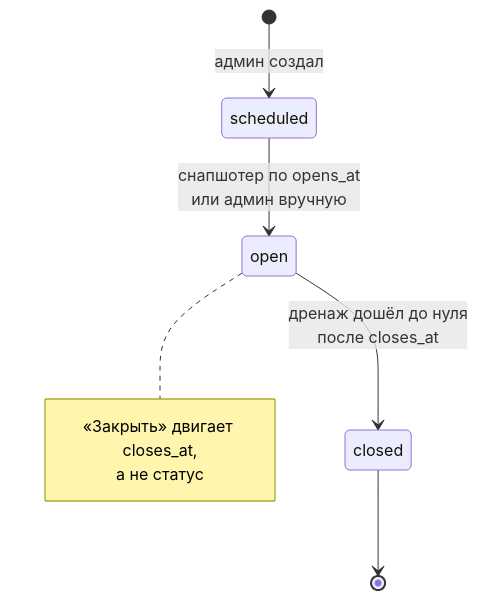
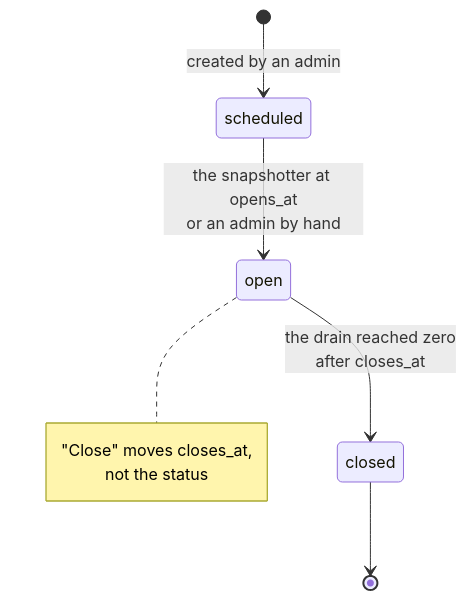
Before and after one commit to dubter/televote: the third of 3 diagrams in README.md, drawn with Mermaid. The commit also changed other lines of this file, not shown here.

````diff
--- a/README.md
+++ b/README.md
@@ -116,12 +116,12 @@
 ```mermaid
 stateDiagram-v2
-    [*] --> scheduled: админ создал
-    scheduled --> open: снапшотер по opens_at<br/>или админ вручную
-    open --> closed: дренаж дошёл до нуля<br/>после closes_at
+    [*] --> scheduled: created by an admin
+    scheduled --> open: the snapshotter at opens_at<br/>or an admin by hand
+    open --> closed: the drain reached zero<br/>after closes_at
     closed --> [*]
 
     note right of open
-        «Закрыть» двигает closes_at,
-        а не статус
+        "Close" moves closes_at,
+        not the status
     end note
 ```
````
